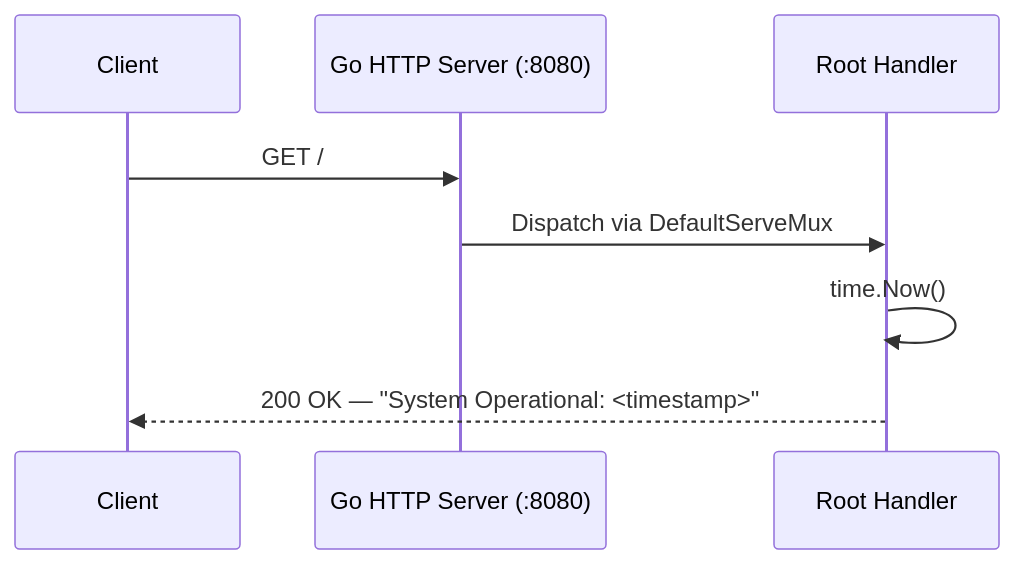
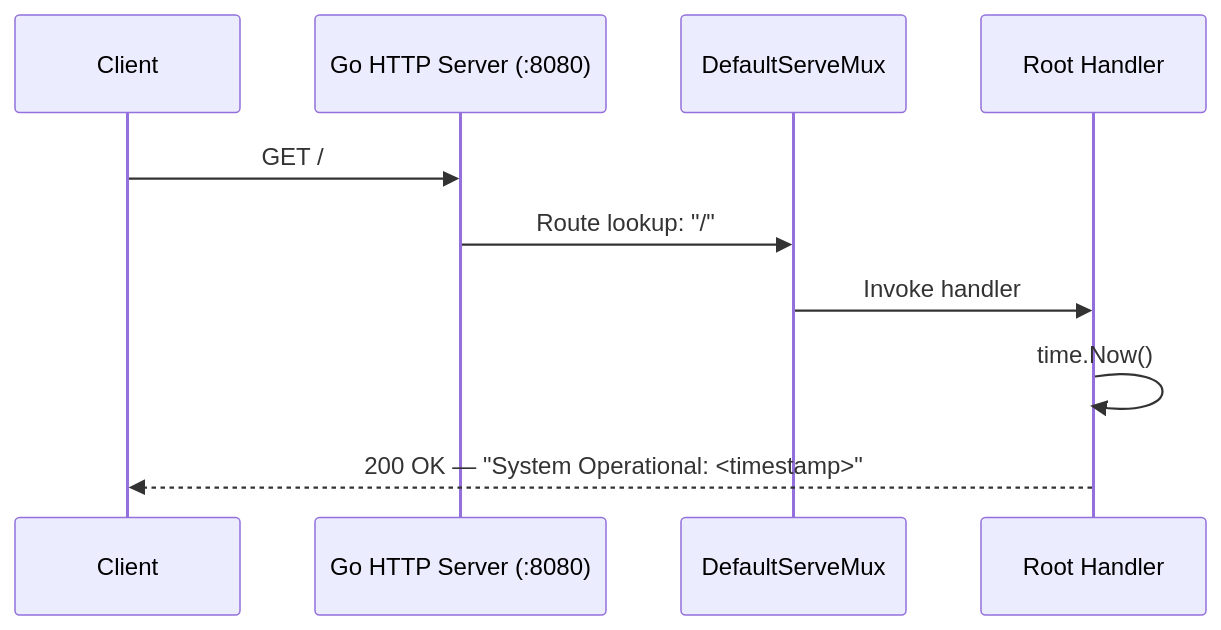
The second of 3 diagrams in README.md (Shivay00001/finance-cbdc-ledger-prototype), drawn with Mermaid before and after one commit. The commit also changed other lines of this file, not shown here.

````diff
--- a/README.md
+++ b/README.md
@@ -54,10 +77,12 @@
 ```mermaid
 sequenceDiagram
     participant C as Client
     participant S as Go HTTP Server (:8080)
+    participant M as DefaultServeMux
     participant H as Root Handler
     C->>S: GET /
-    S->>H: Dispatch via DefaultServeMux
+    S->>M: Route lookup: "/"
+    M->>H: Invoke handler
     H->>H: time.Now()
     H-->>C: 200 OK — "System Operational: <timestamp>"
 ```
````
